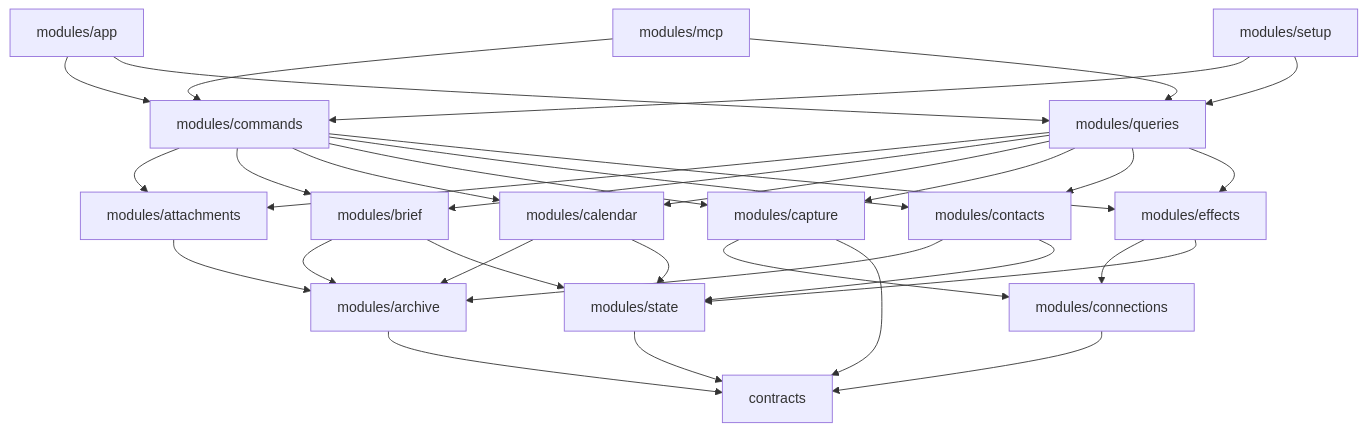
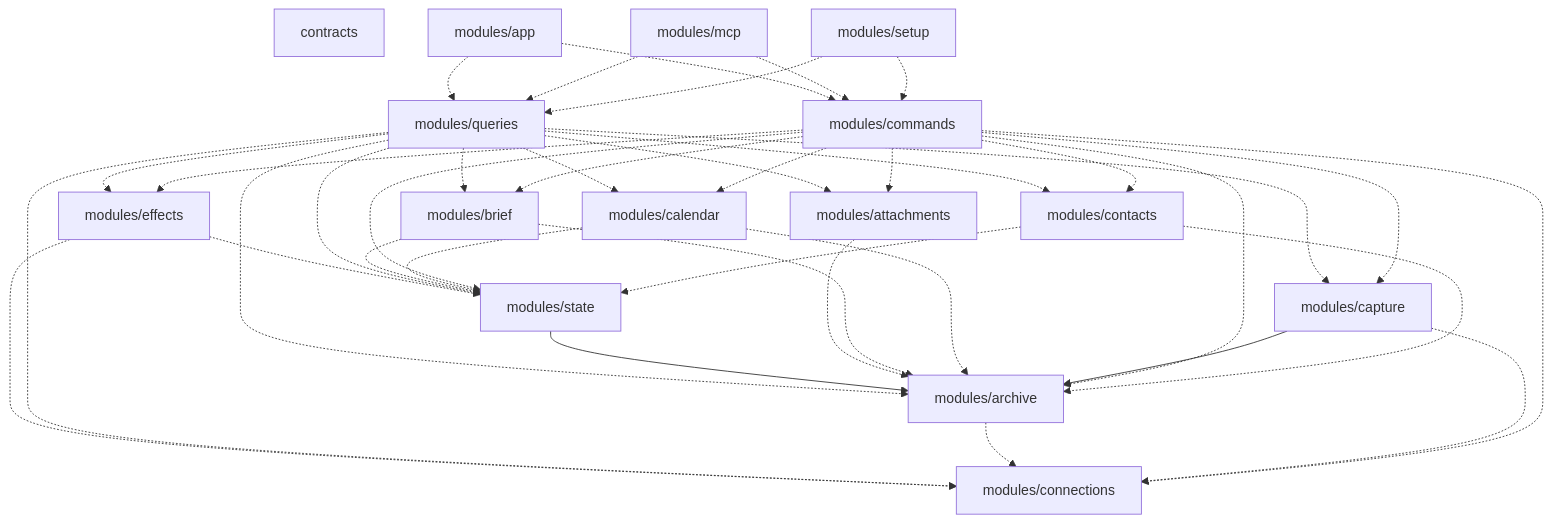
The diagram in map/README.md (diligent-communications/diligent-communications), drawn with Mermaid before and after one commit. The commit also changed other lines of this file and 21 other files, not shown here.

````diff
--- a/map/README.md
+++ b/map/README.md
@@ -9,50 +9,55 @@
 ```mermaid
 flowchart TD
     folder0["contracts"]
     folder1["modules/app"]
     folder2["modules/archive"]
     folder3["modules/attachments"]
     folder4["modules/brief"]
     folder5["modules/calendar"]
     folder6["modules/capture"]
     folder7["modules/commands"]
     folder8["modules/connections"]
     folder9["modules/contacts"]
     folder10["modules/effects"]
     folder11["modules/mcp"]
     folder12["modules/queries"]
     folder13["modules/setup"]
     folder14["modules/state"]
-    folder1 --> folder7
-    folder1 --> folder12
-    folder2 --> folder0
-    folder3 --> folder2
-    folder4 --> folder2
-    folder4 --> folder14
-    folder5 --> folder2
-    folder5 --> folder14
-    folder6 --> folder8
-    folder6 --> folder0
-    folder7 --> folder3
-    folder7 --> folder4
-    folder7 --> folder5
-    folder7 --> folder6
-    folder7 --> folder9
-    folder7 --> folder10
-    folder8 --> folder0
-    folder9 --> folder2
-    folder9 --> folder14
-    folder10 --> folder8
-    folder10 --> folder14
-    folder11 --> folder7
-    folder11 --> folder12
-    folder12 --> folder3
-    folder12 --> folder4
-    folder12 --> folder5
-    folder12 --> folder6
-    folder12 --> folder9
-    folder12 --> folder10
-    folder13 --> folder7
-    folder13 --> folder12
-    folder14 --> folder0
+    folder1 -.-> folder12
+    folder1 -.-> folder7
+    folder10 -.-> folder14
+    folder10 -.-> folder8
+    folder11 -.-> folder12
+    folder11 -.-> folder7
+    folder12 -.-> folder10
+    folder12 -.-> folder14
+    folder12 -.-> folder2
+    folder12 -.-> folder3
+    folder12 -.-> folder4
+    folder12 -.-> folder5
+    folder12 -.-> folder6
+    folder12 -.-> folder8
+    folder12 -.-> folder9
+    folder13 -.-> folder12
+    folder13 -.-> folder7
+    folder14 --> folder2
+    folder2 -.-> folder8
+    folder3 -.-> folder2
+    folder4 -.-> folder14
+    folder4 -.-> folder2
+    folder5 -.-> folder14
+    folder5 -.-> folder2
+    folder6 --> folder2
+    folder6 -.-> folder8
+    folder7 -.-> folder10
+    folder7 -.-> folder14
+    folder7 -.-> folder2
+    folder7 -.-> folder3
+    folder7 -.-> folder4
+    folder7 -.-> folder5
+    folder7 -.-> folder6
+    folder7 -.-> folder8
+    folder7 -.-> folder9
+    folder9 -.-> folder14
+    folder9 -.-> folder2
 ```
````
